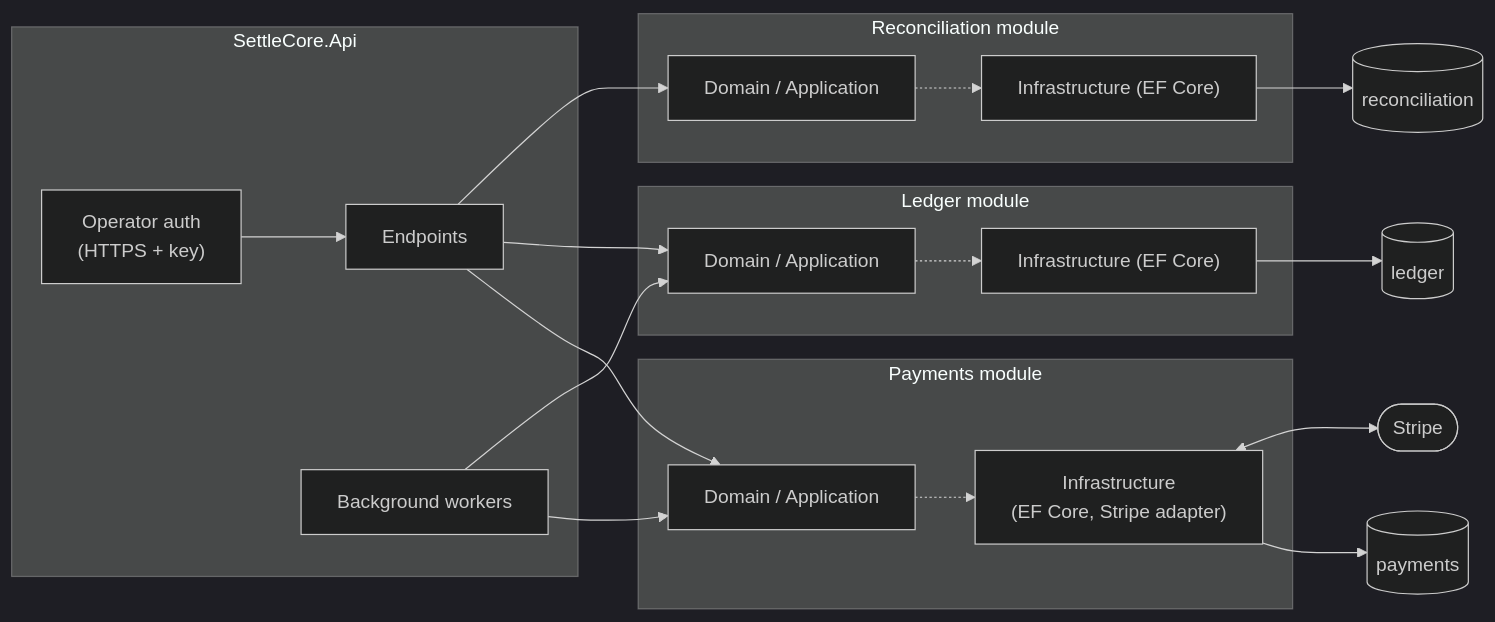
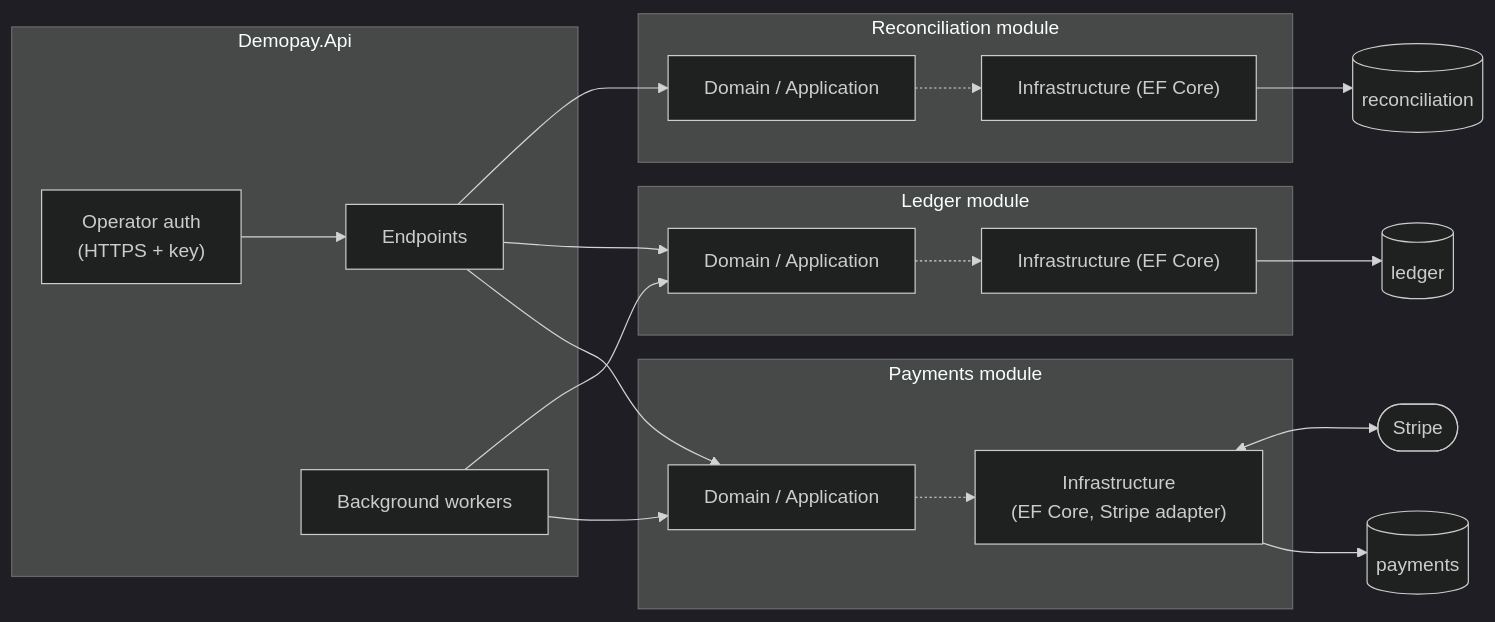
The third of 3 diagrams in README.md (JClerve/Modular-Payment), drawn with Mermaid (dark theme) before and after one commit. The commit also changed other lines of this file and 565 other files, not shown here.

````diff
--- a/README.md
+++ b/README.md
@@ -128,30 +128,30 @@
 ```mermaid
 flowchart LR
-    subgraph Host["SettleCore.Api"]
+    subgraph Host["Demopay.Api"]
         Auth["Operator auth<br/>(HTTPS + key)"]
         Endpoints["Endpoints"]
         Workers["Background workers"]
     end
     subgraph Payments["Payments module"]
         PD["Domain / Application"]
         PI["Infrastructure<br/>(EF Core, Stripe adapter)"]
     end
     subgraph Ledger["Ledger module"]
         LD["Domain / Application"]
         LI["Infrastructure (EF Core)"]
     end
     subgraph Recon["Reconciliation module"]
         RD["Domain / Application"]
         RI["Infrastructure (EF Core)"]
     end
     Auth --> Endpoints
     Endpoints --> PD & LD & RD
     Workers --> PD & LD
     PD -.-> PI
     LD -.-> LI
     RD -.-> RI
     PI --> PDB[("payments")]
     LI --> LDB[("ledger")]
     RI --> RDB[("reconciliation")]
     PI <--> StripeAPI(["Stripe"])
 ```
````
